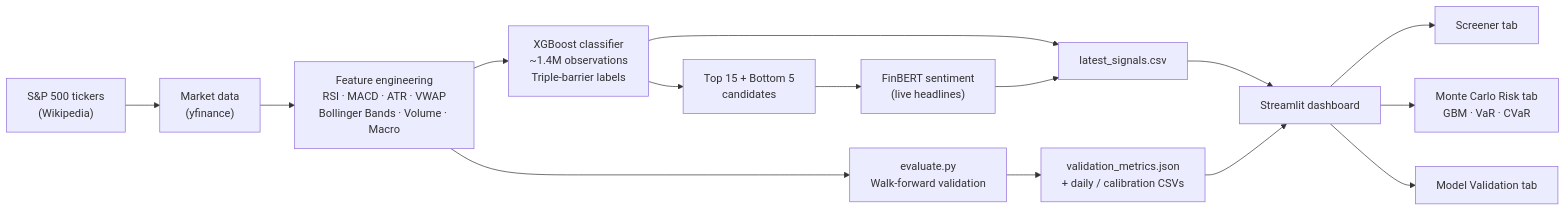
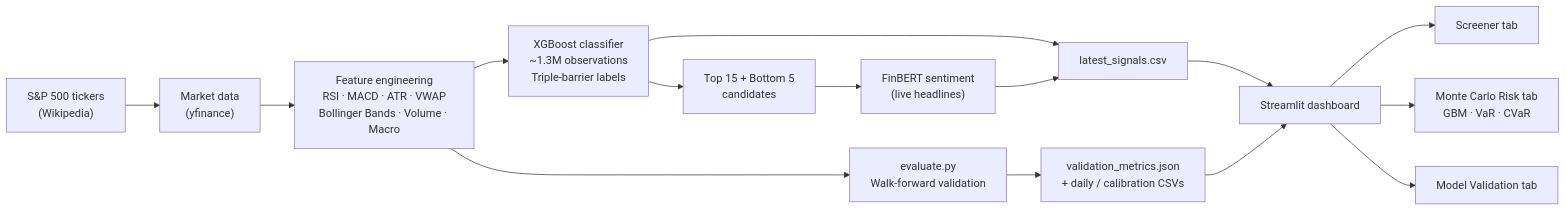
Before and after one commit to ethanbuckley/stockmarketS-P: the diagram in README.md, drawn with Mermaid. The commit also changed other lines of this file and 2 other files, not shown here.

````diff
--- a/README.md
+++ b/README.md
@@ -20,16 +20,16 @@
 ```mermaid
 flowchart LR
     A["S&P 500 tickers\n(Wikipedia)"] --> B["Market data\n(yfinance)"]
     B --> C["Feature engineering\nRSI · MACD · ATR · VWAP\nBollinger Bands · Volume · Macro"]
-    C --> D["XGBoost classifier\n~1.4M observations\nTriple-barrier labels"]
+    C --> D["XGBoost classifier\n~1.3M observations\nTriple-barrier labels"]
     D --> E["Top 15 + Bottom 5\ncandidates"]
     E --> F["FinBERT sentiment\n(live headlines)"]
     D & F --> G["latest_signals.csv"]
     C --> V["evaluate.py\nWalk-forward validation"]
     V --> M["validation_metrics.json\n+ daily / calibration CSVs"]
     G --> H["Streamlit dashboard"]
     M --> H
     H --> I["Screener tab"]
     H --> J["Monte Carlo Risk tab\nGBM · VaR · CVaR"]
     H --> K["Model Validation tab"]
 ```
````
